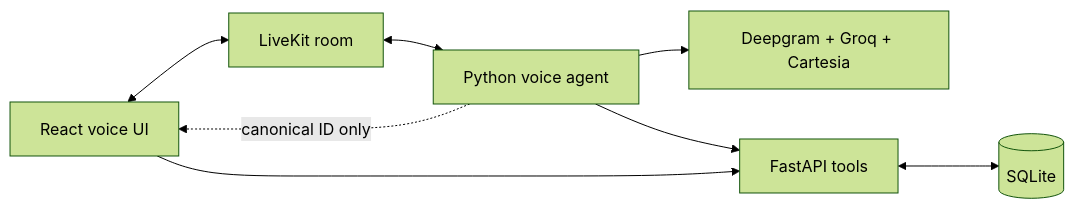
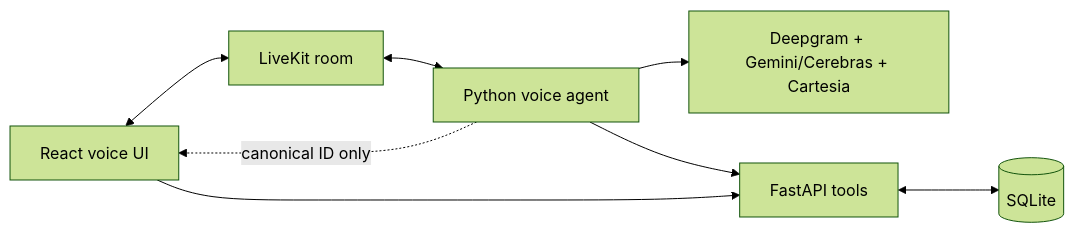
One commit to Parth-Bisht-227/waypoint-voice-ai changed the diagram in project.md. Above: the diagram before and after it, drawn with Mermaid (forest theme). The commit also changed other lines of this file and 14 other files, not shown here.

Commit message:
feat: add Gemini and Cerebras LLM fallback

````diff
--- a/project.md
+++ b/project.md
@@ -33,10 +33,10 @@
 ```mermaid
 flowchart LR
     Browser[React voice UI] <--> Room[LiveKit room]
     Room <--> Agent[Python voice agent]
-    Agent --> Providers[Deepgram + Groq + Cartesia]
+    Agent --> Providers[Deepgram + Gemini/Cerebras + Cartesia]
     Agent --> API[FastAPI tools]
     Browser --> API
     API <--> SQLite[(SQLite)]
     Agent -. canonical ID only .-> Browser
 ```
````
